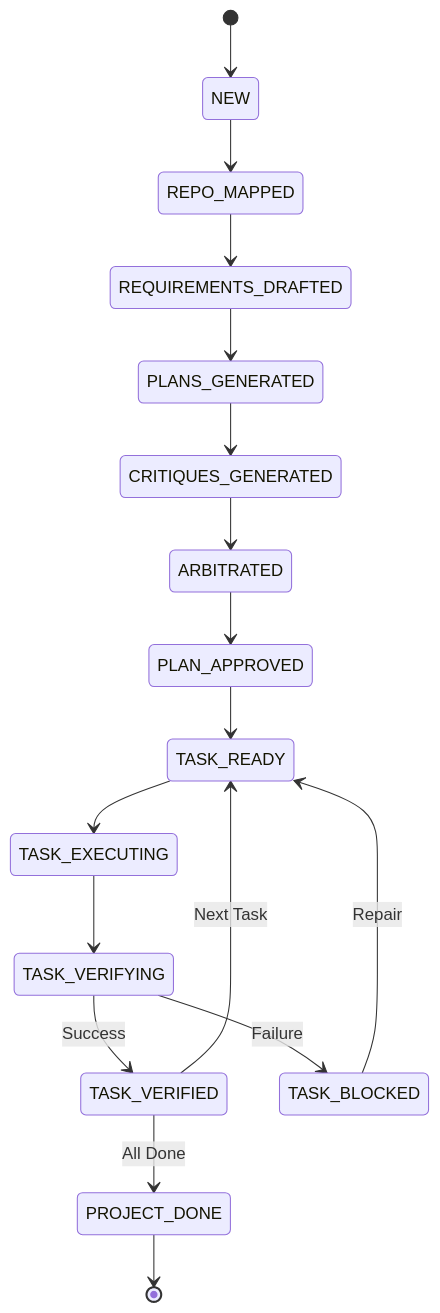
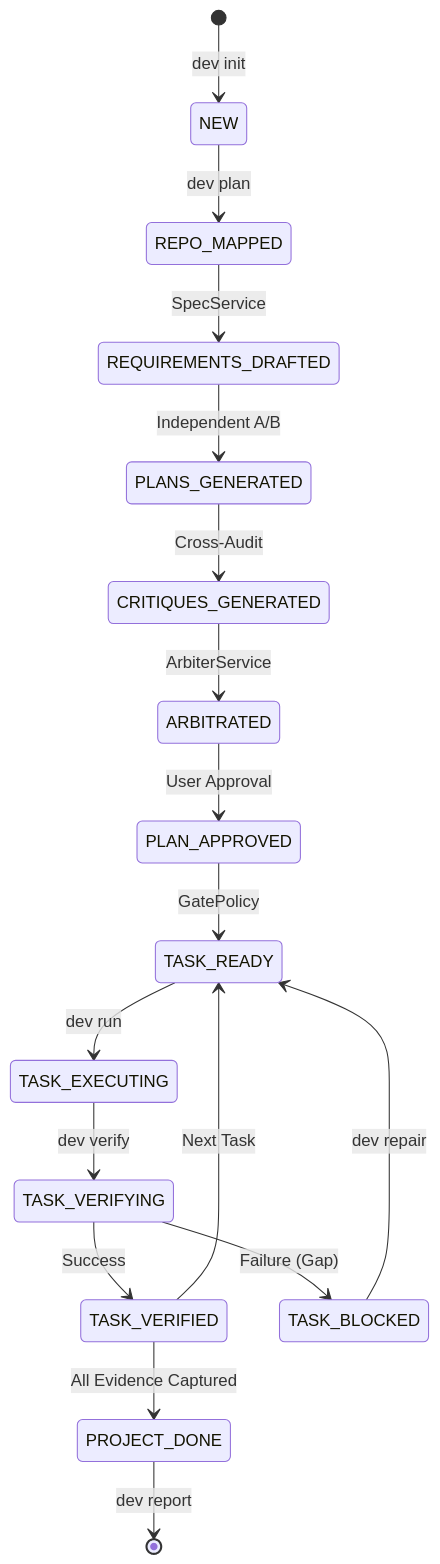
The diagram in README.md (bharathvbcr/DevCouncil), drawn with Mermaid before and after one commit. The commit also changed other lines of this file, not shown here.

````diff
--- a/README.md
+++ b/README.md
@@ -79,24 +91,24 @@
 ```mermaid
 stateDiagram-v2
-    [*] --> NEW
-    NEW --> REPO_MAPPED
-    REPO_MAPPED --> REQUIREMENTS_DRAFTED
-    REQUIREMENTS_DRAFTED --> PLANS_GENERATED
-    PLANS_GENERATED --> CRITIQUES_GENERATED
-    CRITIQUES_GENERATED --> ARBITRATED
-    ARBITRATED --> PLAN_APPROVED
-    PLAN_APPROVED --> TASK_READY
+    [*] --> NEW: dev init
+    NEW --> REPO_MAPPED: dev plan
+    REPO_MAPPED --> REQUIREMENTS_DRAFTED: SpecService
+    REQUIREMENTS_DRAFTED --> PLANS_GENERATED: Independent A/B
+    PLANS_GENERATED --> CRITIQUES_GENERATED: Cross-Audit
+    CRITIQUES_GENERATED --> ARBITRATED: ArbiterService
+    ARBITRATED --> PLAN_APPROVED: User Approval
+    PLAN_APPROVED --> TASK_READY: GatePolicy
     
-    TASK_READY --> TASK_EXECUTING
-    TASK_EXECUTING --> TASK_VERIFYING
+    TASK_READY --> TASK_EXECUTING: dev run
+    TASK_EXECUTING --> TASK_VERIFYING: dev verify
     
     TASK_VERIFYING --> TASK_VERIFIED: Success
-    TASK_VERIFYING --> TASK_BLOCKED: Failure
+    TASK_VERIFYING --> TASK_BLOCKED: Failure (Gap)
     
-    TASK_BLOCKED --> TASK_READY: Repair
+    TASK_BLOCKED --> TASK_READY: dev repair
     
     TASK_VERIFIED --> TASK_READY: Next Task
-    TASK_VERIFIED --> PROJECT_DONE: All Done
+    TASK_VERIFIED --> PROJECT_DONE: All Evidence Captured
     
-    PROJECT_DONE --> [*]
+    PROJECT_DONE --> [*]: dev report
 ```
````
